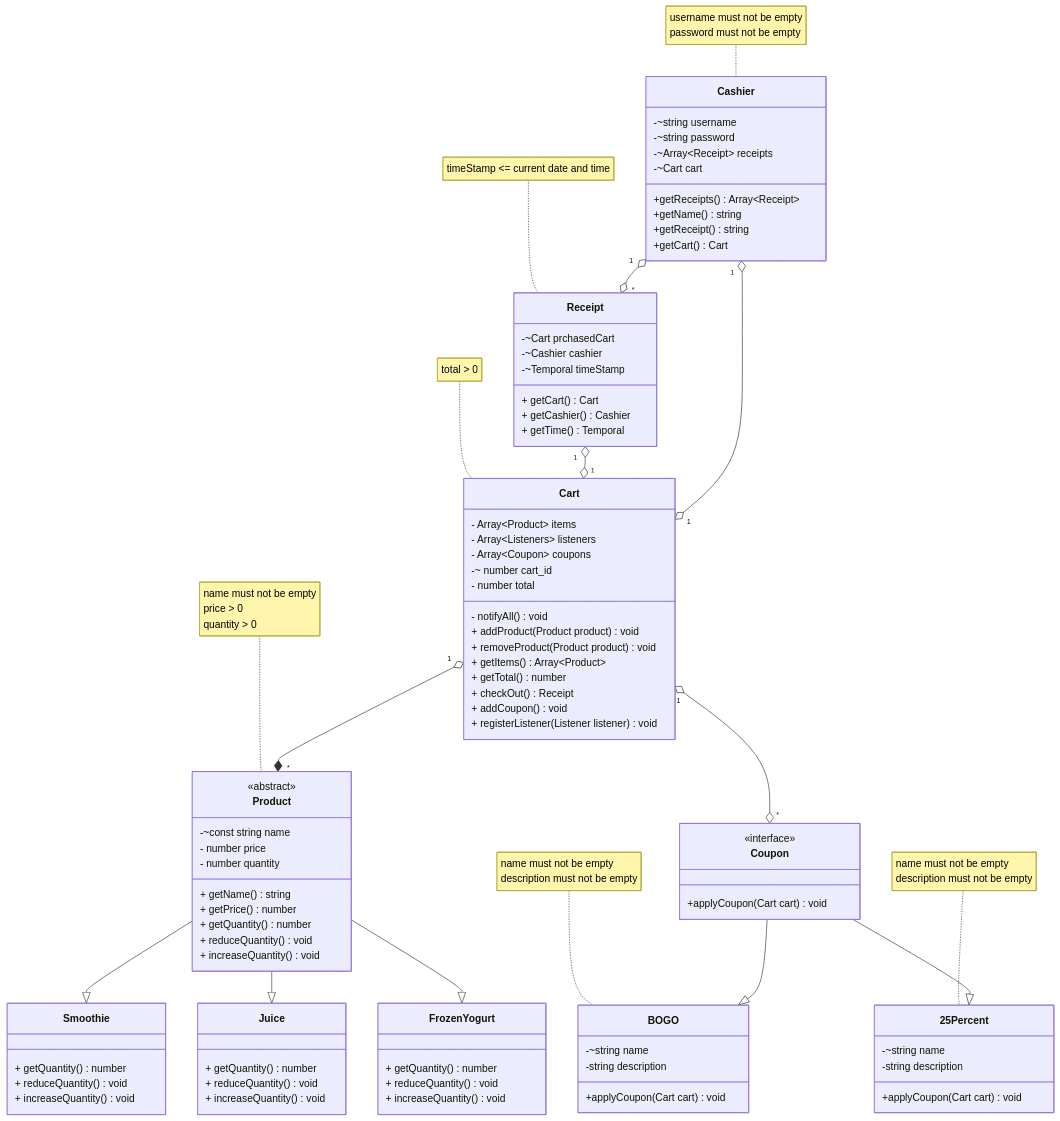
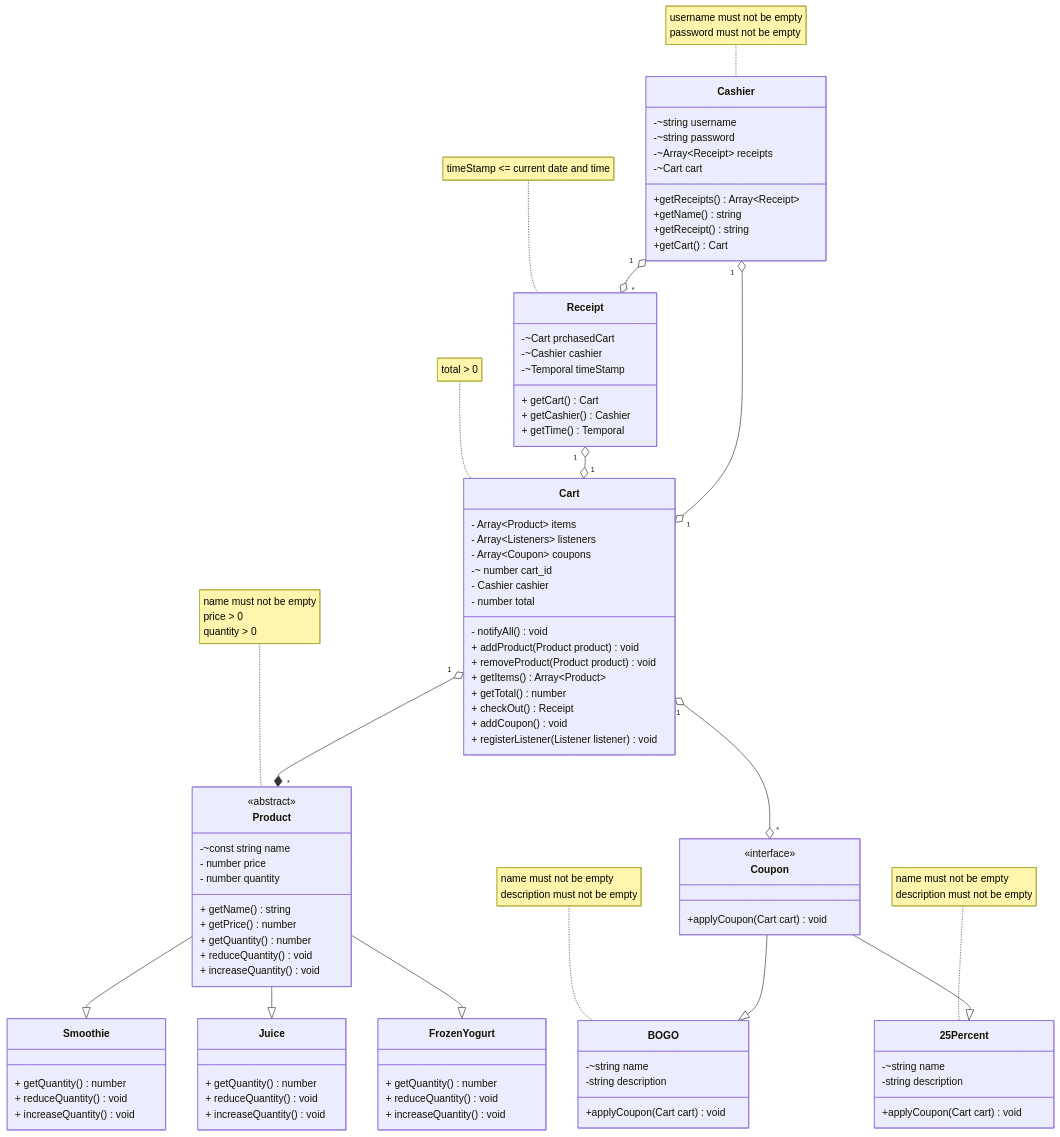
One commit to asantec2/cassy-project changed the diagram in domain.md. Above: the diagram before and after it, drawn with Mermaid.

Commit message:
Phase 2 redone final

```diff
--- a/domain.md
+++ b/domain.md
@@ -55,6 +55,7 @@
     - Array~Listeners~ listeners
     - Array~Coupon~ coupons
     -~ number cart_id
+    - Cashier cashier
     - number total
     - notifyAll() void
     + addProduct(Product product)void
```
